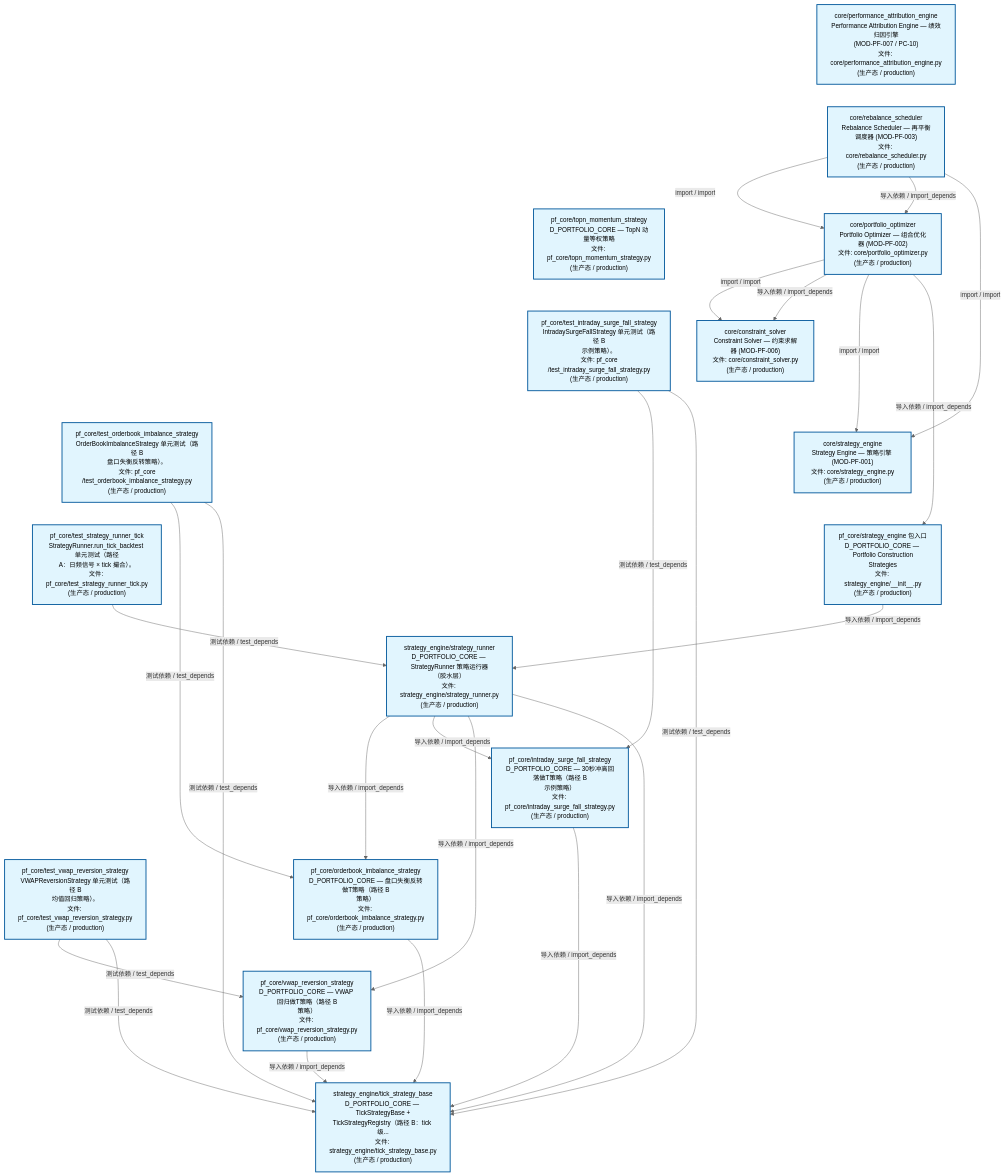
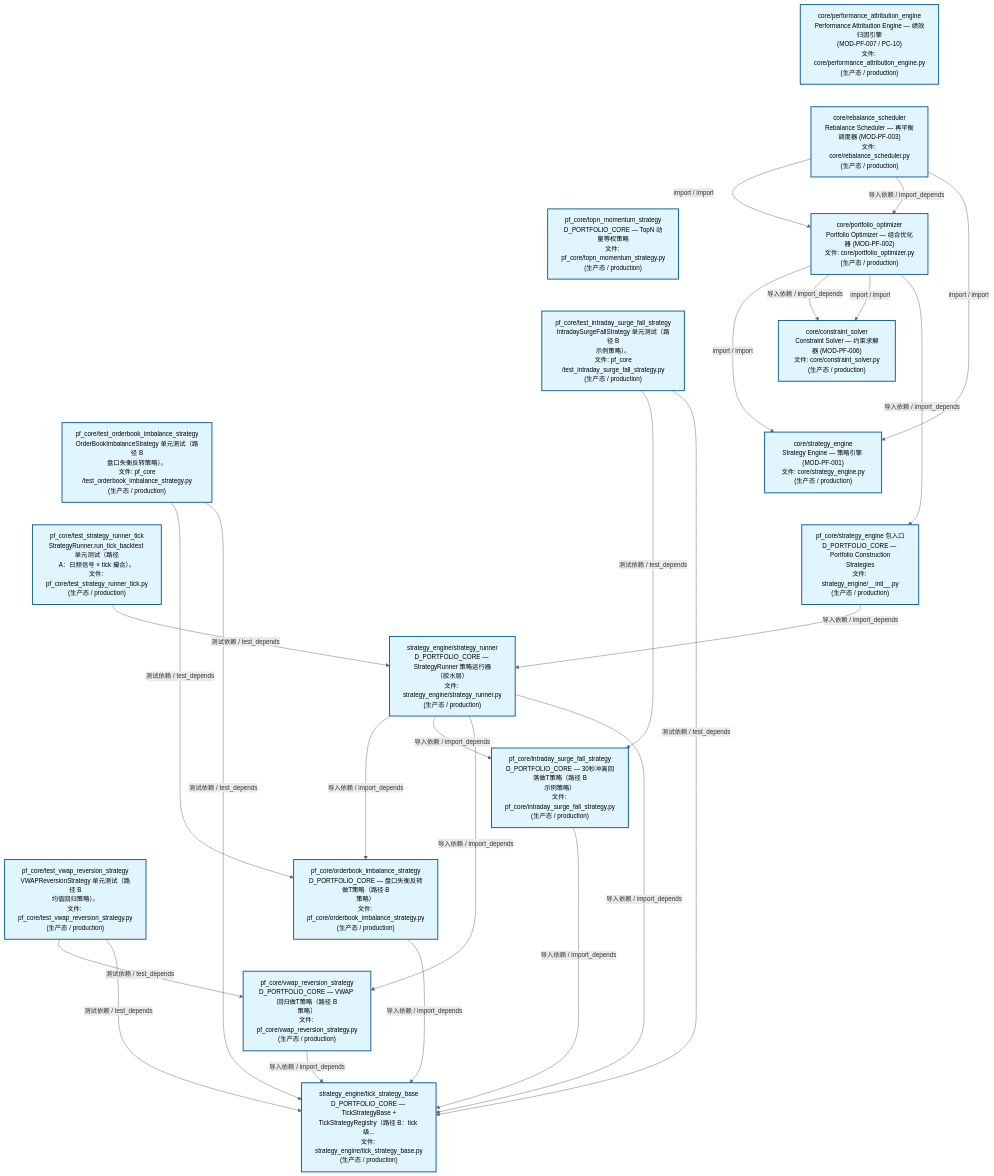
One commit to xuanFelixVan/ZephyrAlpha changed the second of 3 diagrams in docs/02_enterprise_architecture/02_domain_architecture_docs/63_d_pf_core.md. Above: the diagram before and after it, drawn with Mermaid. The commit also changed other lines of this file and 46 other files, not shown here.

````diff
--- a/docs/02_enterprise_architecture/02_domain_architecture_docs/63_d_pf_core.md
+++ b/docs/02_enterprise_architecture/02_domain_architecture_docs/63_d_pf_core.md
@@ -140,57 +140,57 @@
 ```mermaid
 %%{init: {'theme': 'base', 'themeVariables': {'primaryColor': '#eaeaea', 'primaryTextColor': '#333333', 'primaryBorderColor': '#666666', 'lineColor': '#666666', 'secondaryColor': '#eaeaea', 'tertiaryColor': '#eaeaea', 'fontSize': '14px'}}}%%
 flowchart TD
     src_zephyr_pf_core_core_performance_attribution_engine_py["core/performance_attribution_engine<br/>Performance Attribution Engine — 绩效归因引擎<br/>(MOD-PF-007 / PC-10)<br/>文件: core/performance_attribution_engine.py<br/>(生产态 / production)"]
     src_zephyr_pf_core_core_rebalance_scheduler_py["core/rebalance_scheduler<br/>Rebalance Scheduler — 再平衡调度器 (MOD-PF-003)<br/>文件: core/rebalance_scheduler.py<br/>(生产态 / production)"]
     src_zephyr_pf_core_topn_momentum_strategy_py["pf_core/topn_momentum_strategy<br/>D_PORTFOLIO_CORE — TopN 动量等权策略<br/>文件: pf_core/topn_momentum_strategy.py<br/>(生产态 / production)"]
     tests_pf_core_test_intraday_surge_fall_strategy_py["pf_core/test_intraday_surge_fall_strategy<br/>IntradaySurgeFallStrategy 单元测试（路径 B<br/>示例策略）。<br/>文件: pf_core<br/>/test_intraday_surge_fall_strategy.py<br/>(生产态 / production)"]
     tests_pf_core_test_orderbook_imbalance_strategy_py["pf_core/test_orderbook_imbalance_strategy<br/>OrderBookImbalanceStrategy 单元测试（路径 B<br/>盘口失衡反转策略）。<br/>文件: pf_core<br/>/test_orderbook_imbalance_strategy.py<br/>(生产态 / production)"]
     tests_pf_core_test_strategy_runner_tick_py["pf_core/test_strategy_runner_tick<br/>StrategyRunner.run_tick_backtest 单元测试（路径<br/>A：日频信号 × tick 撮合）。<br/>文件: pf_core/test_strategy_runner_tick.py<br/>(生产态 / production)"]
     tests_pf_core_test_vwap_reversion_strategy_py["pf_core/test_vwap_reversion_strategy<br/>VWAPReversionStrategy 单元测试（路径 B<br/>均值回归策略）。<br/>文件: pf_core/test_vwap_reversion_strategy.py<br/>(生产态 / production)"]
     src_zephyr_pf_core_core_performance_attribution_engine_py ~~~ src_zephyr_pf_core_core_rebalance_scheduler_py
     src_zephyr_pf_core_core_rebalance_scheduler_py ~~~ src_zephyr_pf_core_topn_momentum_strategy_py
     src_zephyr_pf_core_topn_momentum_strategy_py ~~~ tests_pf_core_test_intraday_surge_fall_strategy_py
     tests_pf_core_test_intraday_surge_fall_strategy_py ~~~ tests_pf_core_test_orderbook_imbalance_strategy_py
     tests_pf_core_test_orderbook_imbalance_strategy_py ~~~ tests_pf_core_test_strategy_runner_tick_py
     tests_pf_core_test_strategy_runner_tick_py ~~~ tests_pf_core_test_vwap_reversion_strategy_py
     src_zephyr_pf_core_core_portfolio_optimizer_py["core/portfolio_optimizer<br/>Portfolio Optimizer — 组合优化器 (MOD-PF-002)<br/>文件: core/portfolio_optimizer.py<br/>(生产态 / production)"]
     src_zephyr_pf_core_core_constraint_solver_py["core/constraint_solver<br/>Constraint Solver — 约束求解器 (MOD-PF-006)<br/>文件: core/constraint_solver.py<br/>(生产态 / production)"]
     src_zephyr_pf_core_core_strategy_engine_py["core/strategy_engine<br/>Strategy Engine — 策略引擎 (MOD-PF-001)<br/>文件: core/strategy_engine.py<br/>(生产态 / production)"]
     src_zephyr_pf_core_strategy_engine_init_py["pf_core/strategy_engine 包入口<br/>D_PORTFOLIO_CORE — Portfolio Construction<br/>Strategies<br/>文件: strategy_engine/__init__.py<br/>(生产态 / production)"]
     src_zephyr_pf_core_core_constraint_solver_py ~~~ src_zephyr_pf_core_core_strategy_engine_py
     src_zephyr_pf_core_core_strategy_engine_py ~~~ src_zephyr_pf_core_strategy_engine_init_py
     src_zephyr_pf_core_strategy_engine_strategy_runner_py["strategy_engine/strategy_runner<br/>D_PORTFOLIO_CORE — StrategyRunner 策略运行器<br/>（胶水层）<br/>文件: strategy_engine/strategy_runner.py<br/>(生产态 / production)"]
     src_zephyr_pf_core_intraday_surge_fall_strategy_py["pf_core/intraday_surge_fall_strategy<br/>D_PORTFOLIO_CORE — 30秒冲高回落做T策略（路径 B<br/>示例策略）<br/>文件: pf_core/intraday_surge_fall_strategy.py<br/>(生产态 / production)"]
     src_zephyr_pf_core_orderbook_imbalance_strategy_py["pf_core/orderbook_imbalance_strategy<br/>D_PORTFOLIO_CORE — 盘口失衡反转做T策略（路径 B<br/>策略）<br/>文件: pf_core/orderbook_imbalance_strategy.py<br/>(生产态 / production)"]
     src_zephyr_pf_core_vwap_reversion_strategy_py["pf_core/vwap_reversion_strategy<br/>D_PORTFOLIO_CORE — VWAP 回归做T策略（路径 B<br/>策略）<br/>文件: pf_core/vwap_reversion_strategy.py<br/>(生产态 / production)"]
     src_zephyr_pf_core_intraday_surge_fall_strategy_py ~~~ src_zephyr_pf_core_orderbook_imbalance_strategy_py
     src_zephyr_pf_core_orderbook_imbalance_strategy_py ~~~ src_zephyr_pf_core_vwap_reversion_strategy_py
     src_zephyr_pf_core_strategy_engine_tick_strategy_base_py["strategy_engine/tick_strategy_base<br/>D_PORTFOLIO_CORE — TickStrategyBase +<br/>TickStrategyRegistry（路径 B：tick 级...<br/>文件: strategy_engine/tick_strategy_base.py<br/>(生产态 / production)"]
     src_zephyr_pf_core_orderbook_imbalance_strategy_py -->|导入依赖 / import_depends| src_zephyr_pf_core_strategy_engine_tick_strategy_base_py
     src_zephyr_pf_core_intraday_surge_fall_strategy_py -->|导入依赖 / import_depends| src_zephyr_pf_core_strategy_engine_tick_strategy_base_py
     src_zephyr_pf_core_vwap_reversion_strategy_py -->|导入依赖 / import_depends| src_zephyr_pf_core_strategy_engine_tick_strategy_base_py
+    src_zephyr_pf_core_core_portfolio_optimizer_py -->|import / import| src_zephyr_pf_core_core_strategy_engine_py
+    src_zephyr_pf_core_core_portfolio_optimizer_py -->|导入依赖 / import_depends| src_zephyr_pf_core_core_constraint_solver_py
+    src_zephyr_pf_core_core_portfolio_optimizer_py -->|import / import| src_zephyr_pf_core_core_constraint_solver_py
+    src_zephyr_pf_core_core_portfolio_optimizer_py -->|导入依赖 / import_depends| src_zephyr_pf_core_strategy_engine_init_py
     src_zephyr_pf_core_core_rebalance_scheduler_py -->|import / import| src_zephyr_pf_core_core_portfolio_optimizer_py
     src_zephyr_pf_core_core_rebalance_scheduler_py -->|导入依赖 / import_depends| src_zephyr_pf_core_core_portfolio_optimizer_py
     src_zephyr_pf_core_core_rebalance_scheduler_py -->|import / import| src_zephyr_pf_core_core_strategy_engine_py
-    src_zephyr_pf_core_core_portfolio_optimizer_py -->|import / import| src_zephyr_pf_core_core_constraint_solver_py
-    src_zephyr_pf_core_core_portfolio_optimizer_py -->|导入依赖 / import_depends| src_zephyr_pf_core_core_constraint_solver_py
-    src_zephyr_pf_core_core_portfolio_optimizer_py -->|import / import| src_zephyr_pf_core_core_strategy_engine_py
-    src_zephyr_pf_core_core_portfolio_optimizer_py -->|导入依赖 / import_depends| src_zephyr_pf_core_strategy_engine_init_py
     src_zephyr_pf_core_strategy_engine_strategy_runner_py -->|导入依赖 / import_depends| src_zephyr_pf_core_orderbook_imbalance_strategy_py
     src_zephyr_pf_core_strategy_engine_strategy_runner_py -->|导入依赖 / import_depends| src_zephyr_pf_core_intraday_surge_fall_strategy_py
     src_zephyr_pf_core_strategy_engine_strategy_runner_py -->|导入依赖 / import_depends| src_zephyr_pf_core_vwap_reversion_strategy_py
     src_zephyr_pf_core_strategy_engine_strategy_runner_py -->|导入依赖 / import_depends| src_zephyr_pf_core_strategy_engine_tick_strategy_base_py
     src_zephyr_pf_core_strategy_engine_init_py -->|导入依赖 / import_depends| src_zephyr_pf_core_strategy_engine_strategy_runner_py
+    tests_pf_core_test_orderbook_imbalance_strategy_py -->|测试依赖 / test_depends| src_zephyr_pf_core_orderbook_imbalance_strategy_py
+    tests_pf_core_test_orderbook_imbalance_strategy_py -->|测试依赖 / test_depends| src_zephyr_pf_core_strategy_engine_tick_strategy_base_py
     tests_pf_core_test_intraday_surge_fall_strategy_py -->|测试依赖 / test_depends| src_zephyr_pf_core_intraday_surge_fall_strategy_py
     tests_pf_core_test_intraday_surge_fall_strategy_py -->|测试依赖 / test_depends| src_zephyr_pf_core_strategy_engine_tick_strategy_base_py
-    tests_pf_core_test_orderbook_imbalance_strategy_py -->|测试依赖 / test_depends| src_zephyr_pf_core_orderbook_imbalance_strategy_py
-    tests_pf_core_test_orderbook_imbalance_strategy_py -->|测试依赖 / test_depends| src_zephyr_pf_core_strategy_engine_tick_strategy_base_py
     tests_pf_core_test_strategy_runner_tick_py -->|测试依赖 / test_depends| src_zephyr_pf_core_strategy_engine_strategy_runner_py
     tests_pf_core_test_vwap_reversion_strategy_py -->|测试依赖 / test_depends| src_zephyr_pf_core_vwap_reversion_strategy_py
     tests_pf_core_test_vwap_reversion_strategy_py -->|测试依赖 / test_depends| src_zephyr_pf_core_strategy_engine_tick_strategy_base_py
     classDef production fill:#e1f5fe,stroke:#01579b,stroke-width:2px,color:#000
     classDef design fill:#fff3e0,stroke:#e65100,stroke-width:2px,color:#000,stroke-dasharray: 5 5
     classDef external_prod fill:#e8f4fd,stroke:#0277bd,stroke-width:1px,color:#000
     classDef external_design fill:#fff8e7,stroke:#ef6c00,stroke-width:1px,color:#000,stroke-dasharray: 5 5
     class src_zephyr_pf_core_core_constraint_solver_py,src_zephyr_pf_core_core_performance_attribution_engine_py,src_zephyr_pf_core_core_portfolio_optimizer_py,src_zephyr_pf_core_core_rebalance_scheduler_py,src_zephyr_pf_core_core_strategy_engine_py,src_zephyr_pf_core_intraday_surge_fall_strategy_py,src_zephyr_pf_core_orderbook_imbalance_strategy_py,src_zephyr_pf_core_strategy_engine_init_py,src_zephyr_pf_core_strategy_engine_strategy_runner_py,src_zephyr_pf_core_strategy_engine_tick_strategy_base_py,src_zephyr_pf_core_topn_momentum_strategy_py,src_zephyr_pf_core_vwap_reversion_strategy_py,tests_pf_core_test_intraday_surge_fall_strategy_py,tests_pf_core_test_orderbook_imbalance_strategy_py,tests_pf_core_test_strategy_runner_tick_py,tests_pf_core_test_vwap_reversion_strategy_py production
 ```
````
